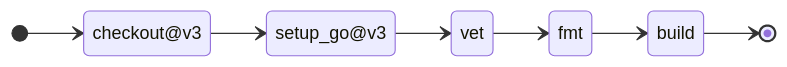
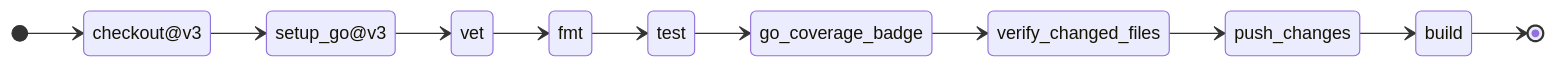
The first of 3 diagrams in README.md (benauca/district-21), drawn with Mermaid before and after one commit. The commit also changed other lines of this file and 4 other files, not shown here.

````diff
--- a/README.md
+++ b/README.md
@@ -41,10 +36,14 @@
 ```mermaid
 stateDiagram
     direction LR
     [*] --> checkout@v3
     checkout@v3 --> setup_go@v3
     setup_go@v3 --> vet
     vet --> fmt
-    fmt --> build
+    fmt --> test
+    test --> go_coverage_badge
+    go_coverage_badge --> verify_changed_files
+    verify_changed_files --> push_changes
+    push_changes --> build
     build --> [*]
 ```
````
